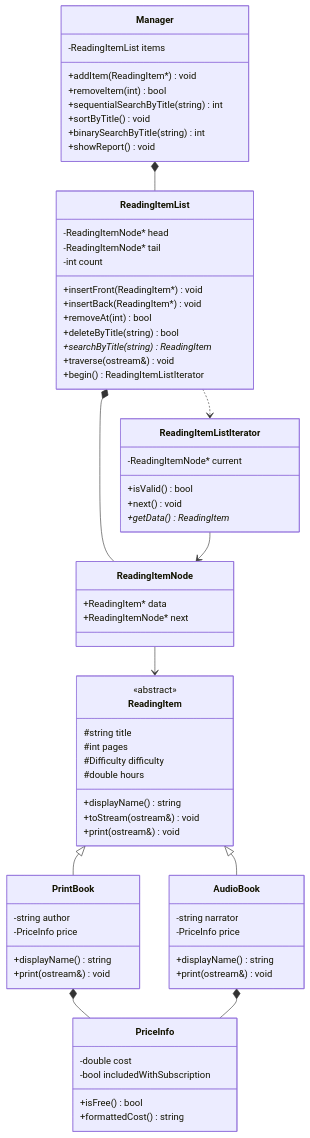
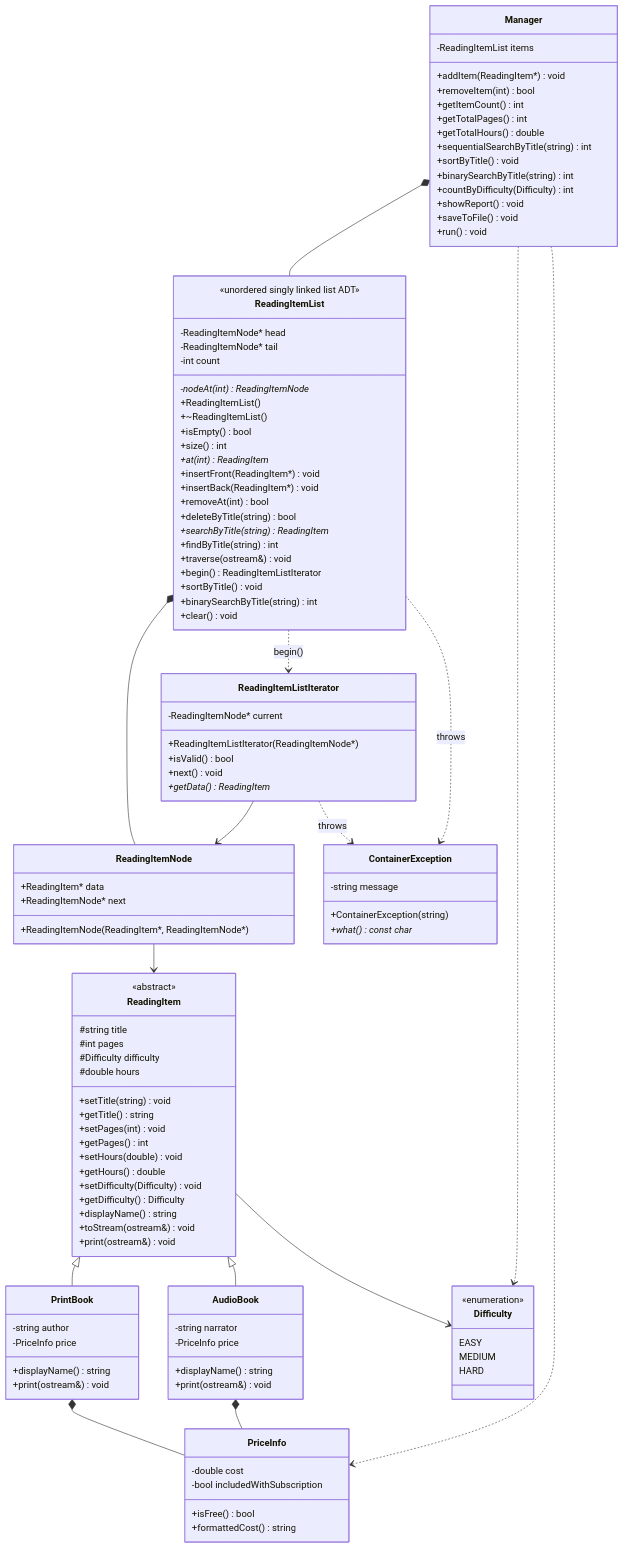
The diagram in ClassDiagram.md (Advanzity/book-tracker-2026), drawn with Mermaid before and after one commit. The commit also changed 1 other file, not shown here.

Commit message:
Week10 Assignment

````diff
--- a/ClassDiagram.md
+++ b/ClassDiagram.md
@@ -3,11 +3,32 @@
 ```mermaid
 classDiagram
+    class Difficulty {
+        <<enumeration>>
+        EASY
+        MEDIUM
+        HARD
+    }
+
+    class ContainerException {
+        -string message
+        +ContainerException(string)
+        +what() const char*
+    }
+
     class ReadingItem {
         <<abstract>>
         #string title
         #int pages
         #Difficulty difficulty
         #double hours
+        +setTitle(string) void
+        +getTitle() string
+        +setPages(int) void
+        +getPages() int
+        +setHours(double) void
+        +getHours() double
+        +setDifficulty(Difficulty) void
+        +getDifficulty() Difficulty
         +displayName() string
         +toStream(ostream&) void
         +print(ostream&) void
@@ -37,45 +58,69 @@
     class ReadingItemNode {
         +ReadingItem* data
         +ReadingItemNode* next
+        +ReadingItemNode(ReadingItem*, ReadingItemNode*)
     }
 
     class ReadingItemListIterator {
         -ReadingItemNode* current
+        +ReadingItemListIterator(ReadingItemNode*)
         +isValid() bool
         +next() void
         +getData() ReadingItem*
     }
 
     class ReadingItemList {
+        <<unordered singly linked list ADT>>
         -ReadingItemNode* head
         -ReadingItemNode* tail
         -int count
+        -nodeAt(int) ReadingItemNode*
+        +ReadingItemList()
+        +~ReadingItemList()
+        +isEmpty() bool
+        +size() int
+        +at(int) ReadingItem*
         +insertFront(ReadingItem*) void
         +insertBack(ReadingItem*) void
         +removeAt(int) bool
         +deleteByTitle(string) bool
         +searchByTitle(string) ReadingItem*
+        +findByTitle(string) int
         +traverse(ostream&) void
         +begin() ReadingItemListIterator
+        +sortByTitle() void
+        +binarySearchByTitle(string) int
+        +clear() void
     }
 
     class Manager {
         -ReadingItemList items
         +addItem(ReadingItem*) void
         +removeItem(int) bool
+        +getItemCount() int
+        +getTotalPages() int
+        +getTotalHours() double
         +sequentialSearchByTitle(string) int
         +sortByTitle() void
         +binarySearchByTitle(string) int
+        +countByDifficulty(Difficulty) int
         +showReport() void
+        +saveToFile() void
+        +run() void
     }
 
     ReadingItem <|-- PrintBook
     ReadingItem <|-- AudioBook
+    ReadingItem --> Difficulty
     PrintBook *-- PriceInfo
     AudioBook *-- PriceInfo
     Manager *-- ReadingItemList
     ReadingItemList *-- ReadingItemNode
     ReadingItemNode --> ReadingItem
     ReadingItemListIterator --> ReadingItemNode
-    ReadingItemList ..> ReadingItemListIterator
+    ReadingItemList ..> ReadingItemListIterator : begin()
+    ReadingItemList ..> ContainerException : throws
+    ReadingItemListIterator ..> ContainerException : throws
+    Manager ..> Difficulty
+    Manager ..> PriceInfo
 ```
````
